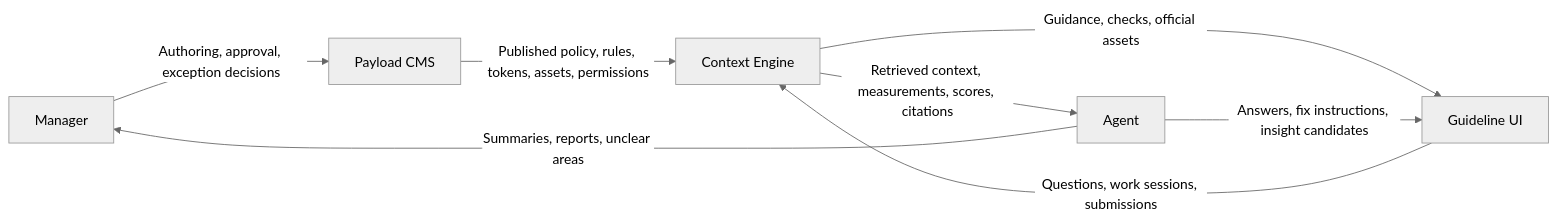
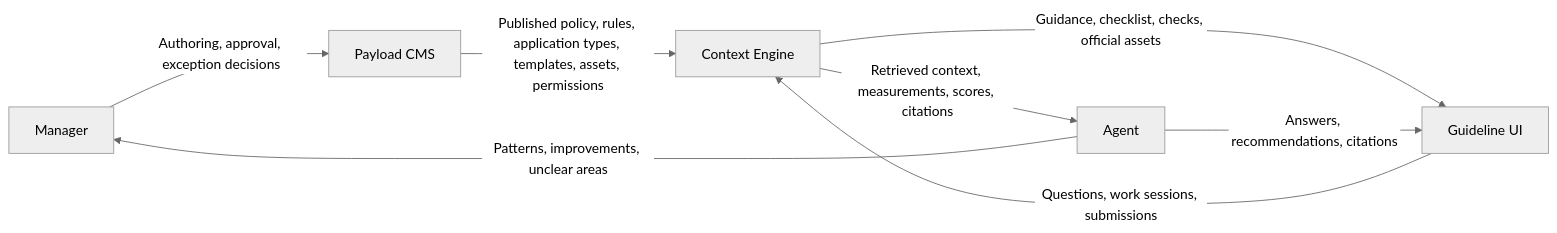
Before and after one commit to ewoooo/living-brand-system: the diagram in docs/05-system-architecture.md, drawn with Mermaid (neutral theme). The commit also changed other lines of this file and 7 other files, not shown here.

````diff
--- a/docs/05-system-architecture.md
+++ b/docs/05-system-architecture.md
@@ -63,16 +63,16 @@
 ```mermaid
 flowchart LR
   Manager["Manager"]
   CMS["Payload CMS"]
   CE["Context Engine"]
   Agent["Agent"]
   UI["Guideline UI"]
 
   Manager -->|"Authoring, approval, exception decisions"| CMS
-  CMS -->|"Published policy, rules, tokens, assets, permissions"| CE
+  CMS -->|"Published policy, rules, application types, templates, assets, permissions"| CE
   CE -->|"Retrieved context, measurements, scores, citations"| Agent
-  CE -->|"Guidance, checks, official assets"| UI
+  CE -->|"Guidance, checklist, checks, official assets"| UI
   UI -->|"Questions, work sessions, submissions"| CE
-  Agent -->|"Answers, fix instructions, insight candidates"| UI
-  Agent -->|"Summaries, reports, unclear areas"| Manager
+  Agent -->|"Answers, recommendations, citations"| UI
+  Agent -->|"Patterns, improvements, unclear areas"| Manager
 ```
````
